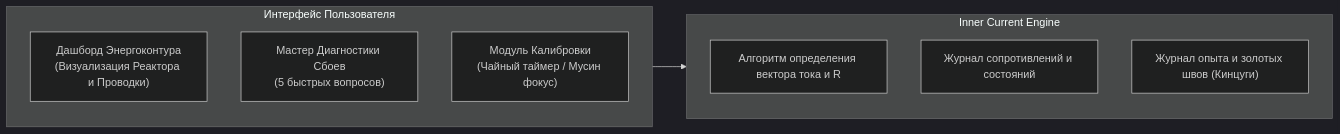
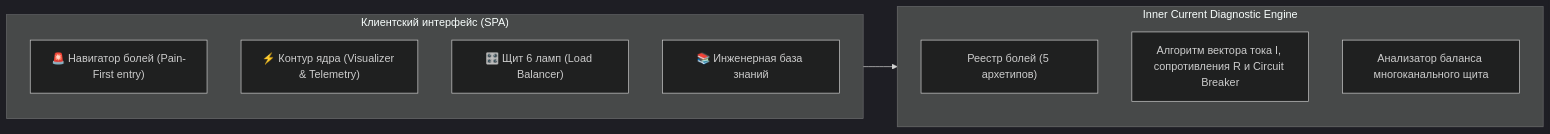
Before and after one commit to vsanyanov-ux/inner-current: the second of 2 diagrams in wiki/06-diagnostic-machine.md, drawn with Mermaid (dark theme). The commit also changed other lines of this file and 16 other files, not shown here.

Commit message:
feat(release): v1.2.0 - Zen Engineering & Pain-First Happiness Architecture

````diff
--- a/wiki/06-diagnostic-machine.md
+++ b/wiki/06-diagnostic-machine.md
@@ -74,16 +99,17 @@
 ```mermaid
 graph LR
-    subgraph UI ["Интерфейс Пользователя"]
-        Dash["Дашборд Энергоконтура<br/>(Визуализация Реактора и Проводки)"]
-        DiagnoseWizard["Мастер Диагностики Сбоев<br/>(5 быстрых вопросов)"]
-        TeaStand["Модуль Калибровки<br/>(Чайный таймер / Мусин фокус)"]
+    subgraph UI ["Клиентский интерфейс (SPA)"]
+        PainsTab["🚨 Навигатор болей (Pain-First entry)"]
+        Dash["⚡ Контур ядра (Visualizer & Telemetry)"]
+        PanelTab["🎛️ Щит 6 ламп (Load Balancer)"]
+        WikiTab["📚 Инженерная база знаний"]
     end
 
-    subgraph Core ["Inner Current Engine"]
-        RuleEngine["Алгоритм определения вектора тока и R"]
-        TelemetryLogger["Журнал сопротивлений и состояний"]
-        KintsugiJournal["Журнал опыта и золотых швов (Кинцуги)"]
+    subgraph Core ["Inner Current Diagnostic Engine"]
+        PainRegistry["Реестр болей (5 архетипов)"]
+        RuleEngine["Алгоритм вектора тока I, сопротивления R и Circuit Breaker"]
+        PanelBalancer["Анализатор баланса многоканального щита"]
     end
 
     UI --> Core
 ```
````
